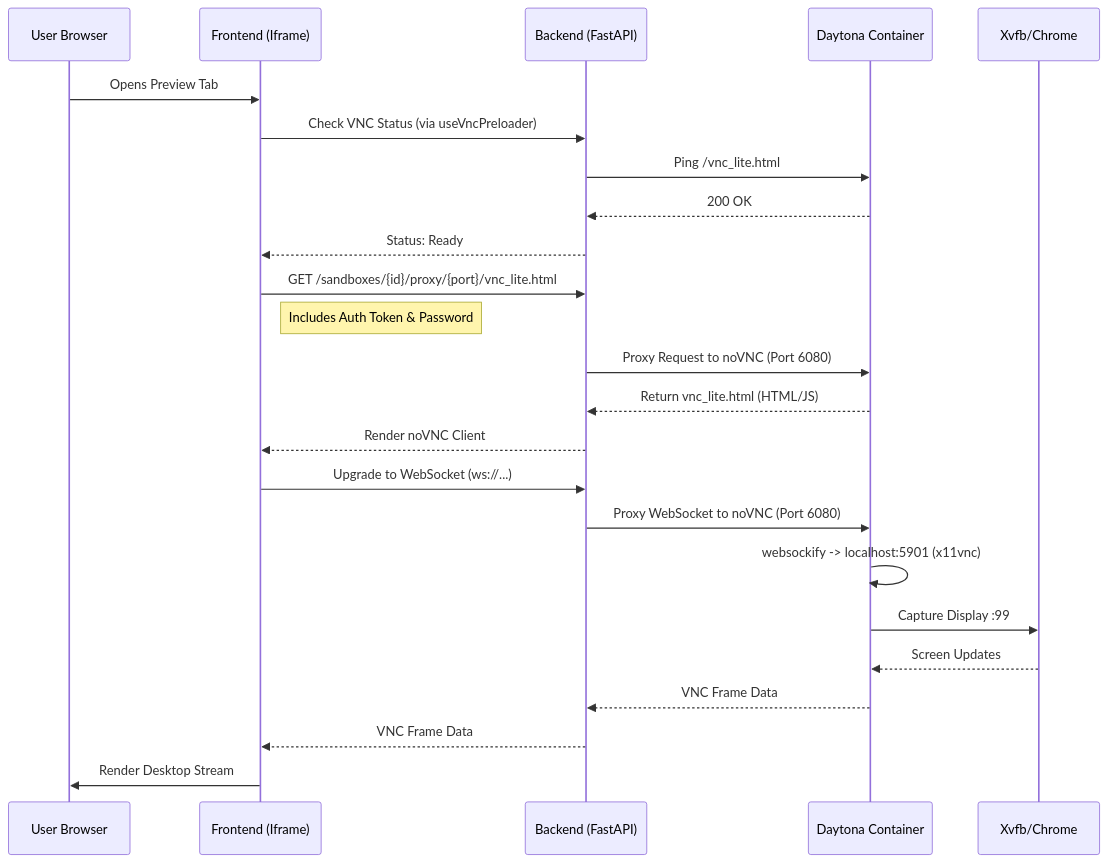
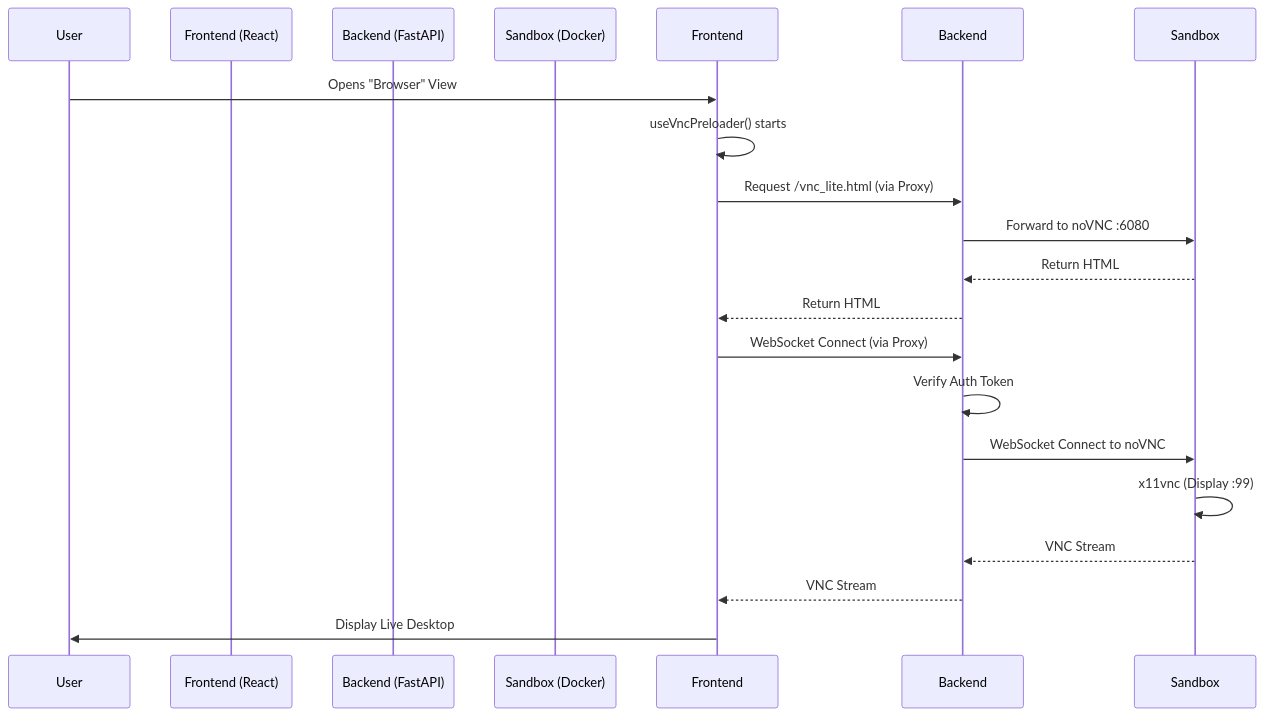
Before and after one commit to Logrui/suna: the diagram in vnc-streaming-codemap.md, drawn with Mermaid. The commit also changed other lines of this file and 6 other files, not shown here.

````diff
--- a/vnc-streaming-codemap.md
+++ b/vnc-streaming-codemap.md
@@ -43,29 +58,23 @@
 ```mermaid
 sequenceDiagram
-    participant User as User Browser
-    participant FE as Frontend (Iframe)
-    participant BE as Backend (FastAPI)
-    participant DT as Daytona Container
-    participant X11 as Xvfb/Chrome
+    participant User
+    participant Frontend (React)
+    participant Backend (FastAPI)
+    participant Sandbox (Docker)
 
-    User->>FE: Opens Preview Tab
-    FE->>BE: Check VNC Status (via useVncPreloader)
-    BE->>DT: Ping /vnc_lite.html
-    DT-->>BE: 200 OK
-    BE-->>FE: Status: Ready
-
-    FE->>BE: GET /sandboxes/{id}/proxy/{port}/vnc_lite.html
-    Note right of FE: Includes Auth Token & Password
-    BE->>DT: Proxy Request to noVNC (Port 6080)
-    DT-->>BE: Return vnc_lite.html (HTML/JS)
-    BE-->>FE: Render noVNC Client
-
-    FE->>BE: Upgrade to WebSocket (ws://...)
-    BE->>DT: Proxy WebSocket to noVNC (Port 6080)
-    DT->>DT: websockify -> localhost:5901 (x11vnc)
-    DT->>X11: Capture Display :99
-    X11-->>DT: Screen Updates
-    DT-->>BE: VNC Frame Data
-    BE-->>FE: VNC Frame Data
-    FE->>User: Render Desktop Stream
+    User->>Frontend: Opens "Browser" View
+    Frontend->>Frontend: useVncPreloader() starts
+    Frontend->>Backend: Request /vnc_lite.html (via Proxy)
+    Backend->>Sandbox: Forward to noVNC :6080
+    Sandbox-->>Backend: Return HTML
+    Backend-->>Frontend: Return HTML
+    
+    Frontend->>Backend: WebSocket Connect (via Proxy)
+    Backend->>Backend: Verify Auth Token
+    Backend->>Sandbox: WebSocket Connect to noVNC
+    Sandbox->>Sandbox: x11vnc (Display :99)
+    Sandbox-->>Backend: VNC Stream
+    Backend-->>Frontend: VNC Stream
+    
+    Frontend->>User: Display Live Desktop
 ```
````
